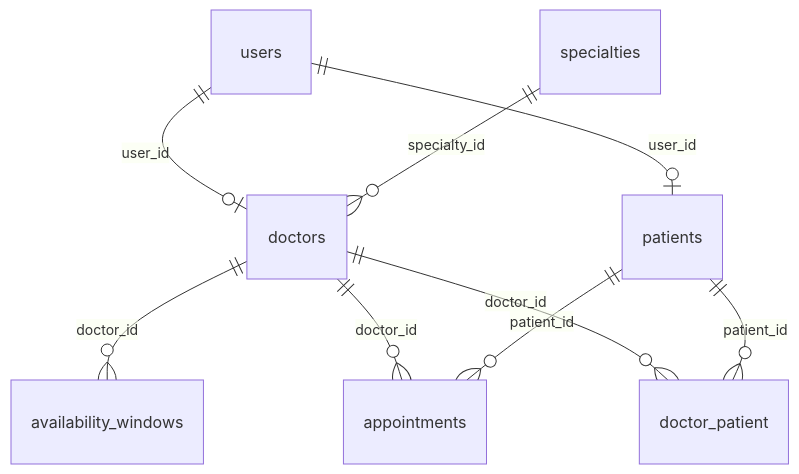
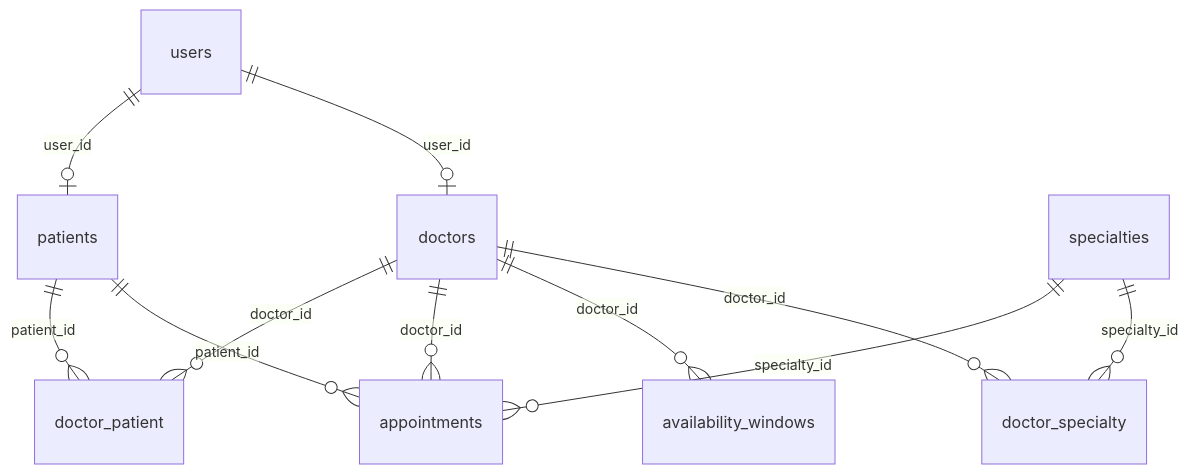
The diagram in new-design.md (Levy4380/san-benito), drawn with Mermaid before and after one commit. The commit also changed other lines of this file, not shown here.

First line of the commit message:
docs: record specialty catalog and reservation decisions

````diff
--- a/new-design.md
+++ b/new-design.md
@@ -111,11 +116,13 @@
 ```mermaid
 erDiagram
     users ||--o| doctors : "user_id"
     users ||--o| patients : "user_id"
-    specialties ||--o{ doctors : "specialty_id"
+    doctors ||--o{ doctor_specialty : "doctor_id"
+    specialties ||--o{ doctor_specialty : "specialty_id"
     doctors ||--o{ availability_windows : "doctor_id"
     doctors ||--o{ appointments : "doctor_id"
     patients ||--o{ appointments : "patient_id"
+    specialties ||--o{ appointments : "specialty_id"
     doctors ||--o{ doctor_patient : "doctor_id"
     patients ||--o{ doctor_patient : "patient_id"
 ```
````
